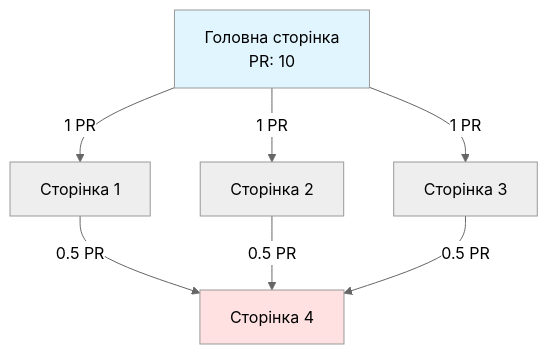
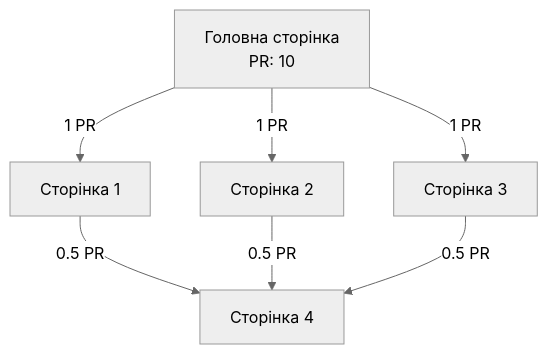
The third of 4 diagrams in lectures/lec-03.md (olroi421/course-seo), drawn with Mermaid (neutral theme) before and after one commit. The commit also changed other lines of this file and 1 other file, not shown here.

First line of the commit message:
Remove redundant Mermaid style directives

````diff
--- a/lectures/lec-03.md
+++ b/lectures/lec-03.md
@@ -640,12 +631,10 @@
 ```mermaid
 graph TD
     A[Головна сторінка<br/>PR: 10] -->|1 PR| B[Сторінка 1]
     A -->|1 PR| C[Сторінка 2]
     A -->|1 PR| D[Сторінка 3]
     B -->|0.5 PR| E[Сторінка 4]
     C -->|0.5 PR| E
     D -->|0.5 PR| E
 
-    style A fill:#e1f5ff
-    style E fill:#ffe1e1
 ```
````
